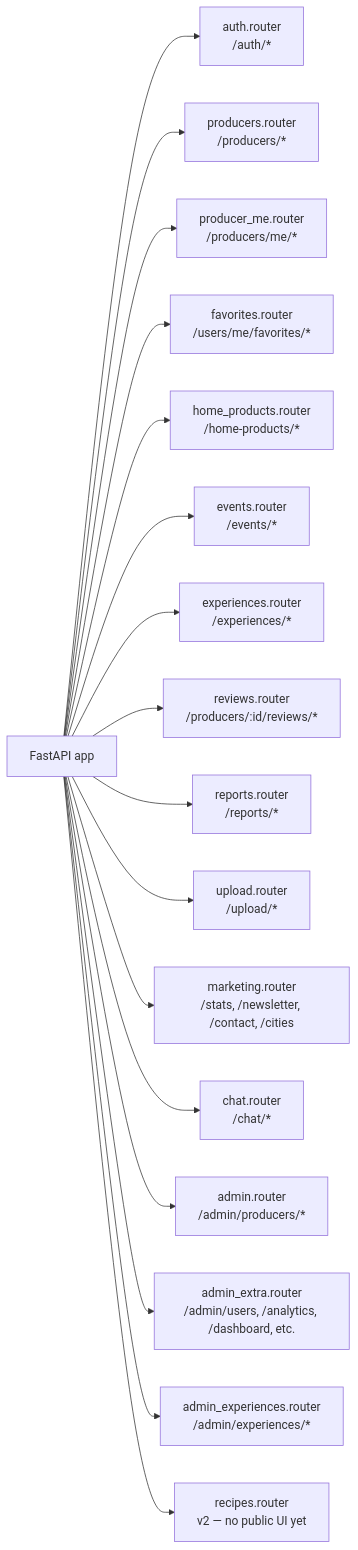
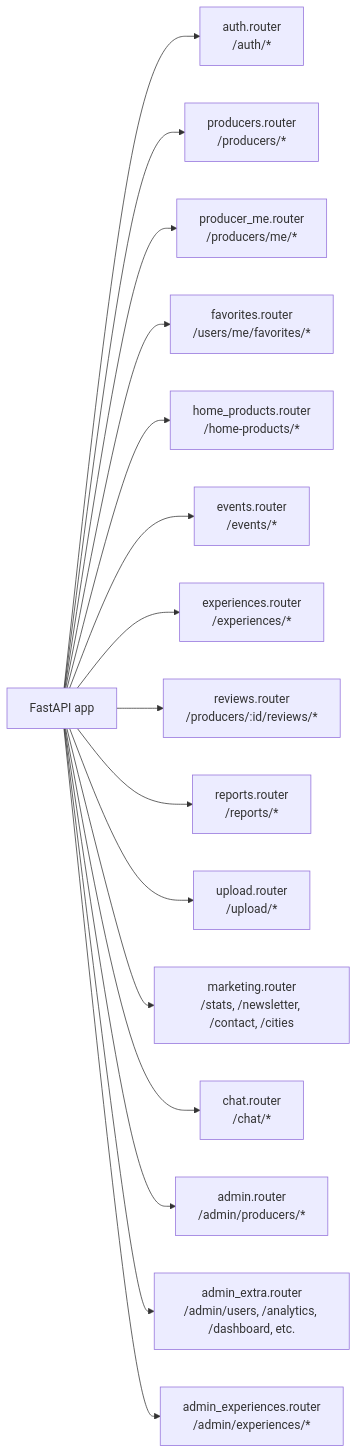
The first of 6 diagrams in .ai/diagrams/api-routes.md (levismadar80-ship-it/FoodMamkor), drawn with Mermaid before and after one commit. The commit also changed other lines of this file and 6 other files, not shown here.

````diff
--- a/.ai/diagrams/api-routes.md
+++ b/.ai/diagrams/api-routes.md
@@ -16,19 +16,18 @@
 ```mermaid
 graph LR
     App[FastAPI app] --> Auth[auth.router<br/>/auth/*]
     App --> Producers[producers.router<br/>/producers/*]
     App --> ProducerMe[producer_me.router<br/>/producers/me/*]
     App --> Favorites[favorites.router<br/>/users/me/favorites/*]
     App --> HomeProducts[home_products.router<br/>/home-products/*]
     App --> Events[events.router<br/>/events/*]
     App --> Experiences[experiences.router<br/>/experiences/*]
     App --> Reviews[reviews.router<br/>/producers/:id/reviews/*]
     App --> Reports[reports.router<br/>/reports/*]
     App --> Upload[upload.router<br/>/upload/*]
     App --> Marketing[marketing.router<br/>/stats, /newsletter, /contact, /cities]
     App --> Chat[chat.router<br/>/chat/*]
     App --> Admin[admin.router<br/>/admin/producers/*]
     App --> AdminExtra[admin_extra.router<br/>/admin/users, /analytics, /dashboard, etc.]
     App --> AdminExperiences[admin_experiences.router<br/>/admin/experiences/*]
-    App --> Recipes[recipes.router<br/>v2 — no public UI yet]
 ```
````
